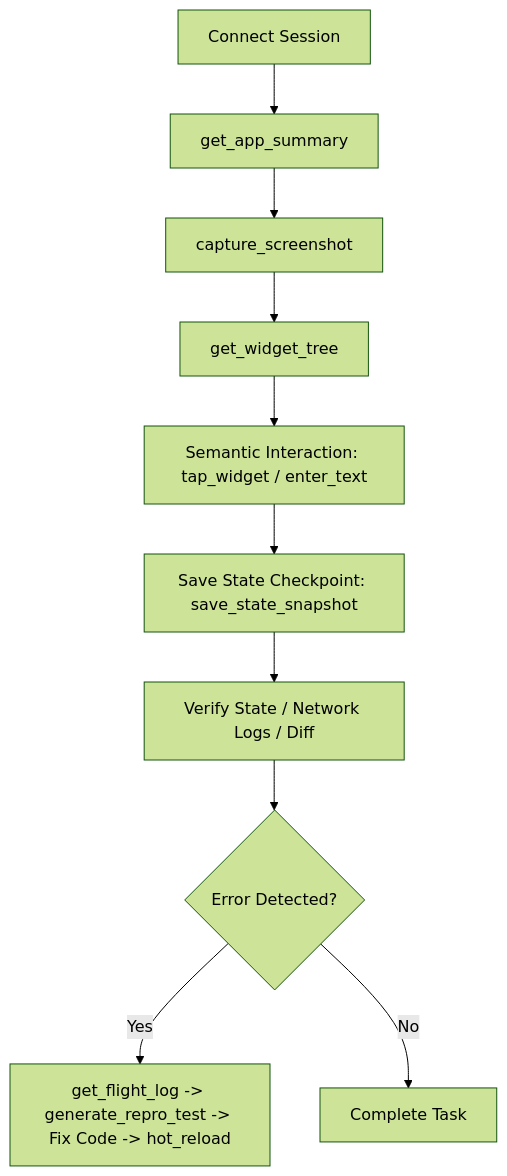
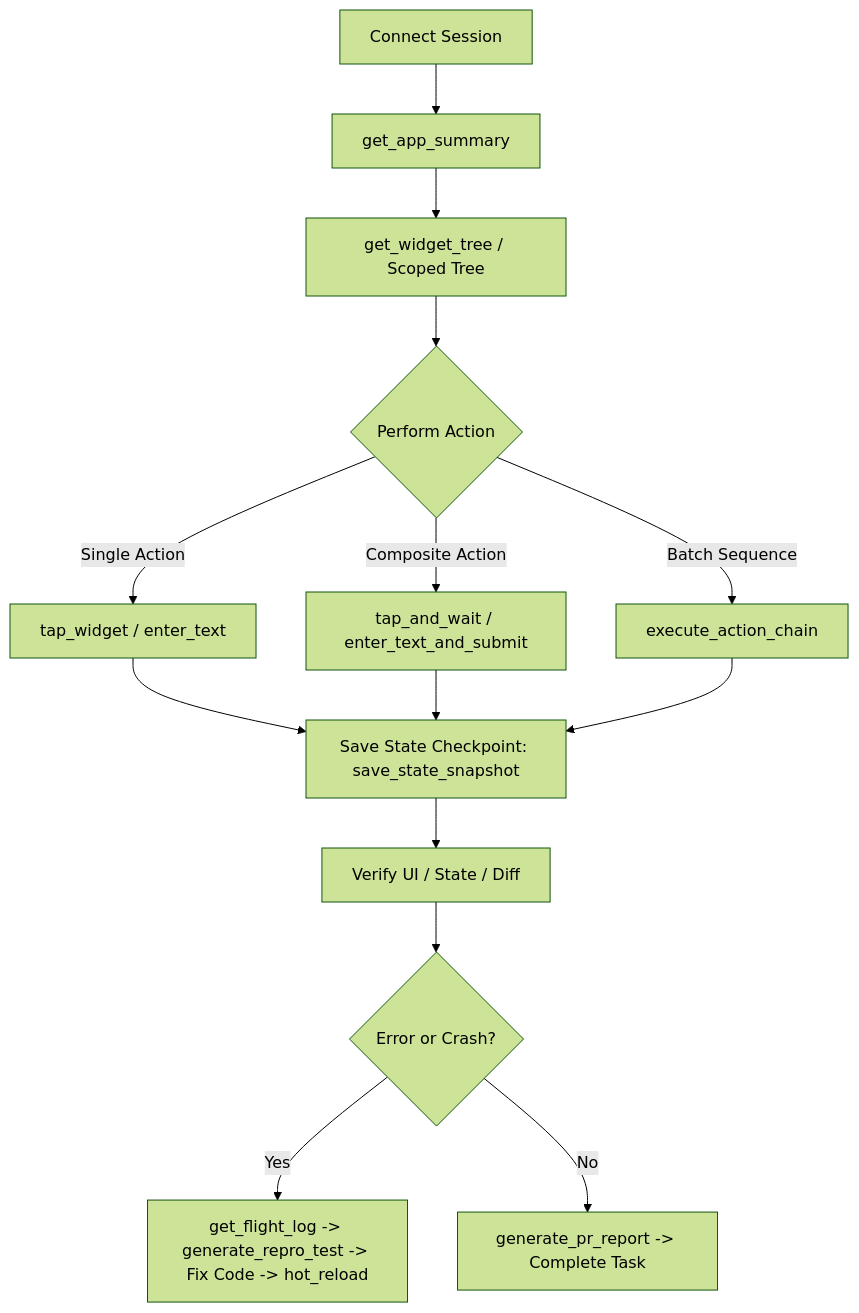
The diagram in skills/flutterpilot/SKILL.md (abugeek/FlutterPilot), drawn with Mermaid (forest theme) before and after one commit. The commit also changed other lines of this file and 3 other files, not shown here.

````diff
--- a/skills/flutterpilot/SKILL.md
+++ b/skills/flutterpilot/SKILL.md
@@ -24,12 +26,14 @@
 ```mermaid
 flowchart TD
     A[Connect Session] --> B[get_app_summary]
-    B --> C[capture_screenshot]
-    C --> D[get_widget_tree]
-    D --> E[Semantic Interaction: tap_widget / enter_text]
-    E --> F[Save State Checkpoint: save_state_snapshot]
-    F --> G[Verify State / Network Logs / Diff]
-    G --> H{Error Detected?}
-    H -- Yes --> I[get_flight_log -> generate_repro_test -> Fix Code -> hot_reload]
-    H -- No --> J[Complete Task]
+    B --> C[get_widget_tree / Scoped Tree]
+    C --> D{Perform Action}
+    D -->|Single Action| E[tap_widget / enter_text]
+    D -->|Composite Action| F[tap_and_wait / enter_text_and_submit]
+    D -->|Batch Sequence| G[execute_action_chain]
+    E & F & G --> H[Save State Checkpoint: save_state_snapshot]
+    H --> I[Verify UI / State / Diff]
+    I --> J{Error or Crash?}
+    J -- Yes --> K[get_flight_log -> generate_repro_test -> Fix Code -> hot_reload]
+    J -- No --> L[generate_pr_report -> Complete Task]
 ```
````
